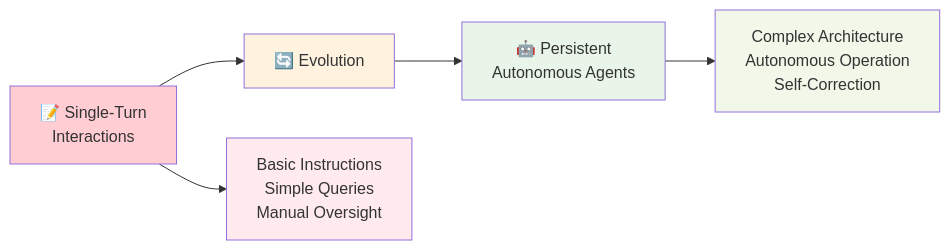
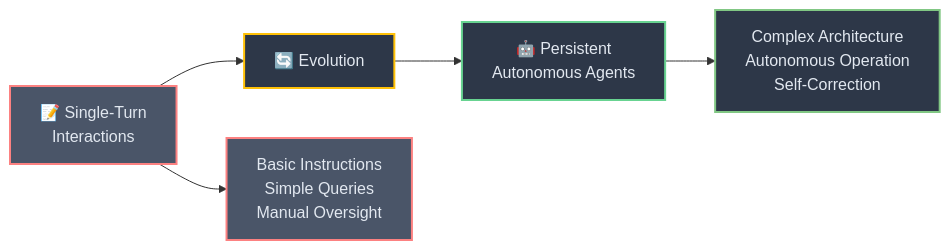
Before and after one commit to josemlopez/prompt_tutorial: the eighth of 9 diagrams in Part_II_Section_8_Case_Studies_Deconstructing_Real-World_Agent_Prompts.md, drawn with Mermaid. The commit also changed other lines of this file and 7 other files, not shown here.

````diff
--- a/Part_II_Section_8_Case_Studies_Deconstructing_Real-World_Agent_Prompts.md
+++ b/Part_II_Section_8_Case_Studies_Deconstructing_Real-World_Agent_Prompts.md
@@ -492,15 +513,15 @@
 ```mermaid
 graph LR
-    A[📝 Single-Turn<br/>Interactions] --> B[🔄 Evolution]
-    B --> C[🤖 Persistent<br/>Autonomous Agents]
-    
-    A --> D[Basic Instructions<br/>Simple Queries<br/>Manual Oversight]
-    
-    C --> E[Complex Architecture<br/>Autonomous Operation<br/>Self-Correction]
-    
-    style A fill:#ffcdd2
-    style B fill:#fff3e0
-    style C fill:#e8f5e8
-    style D fill:#ffebee
-    style E fill:#f1f8e9
+   A[📝 Single-Turn<br/>Interactions] --> B[🔄 Evolution]
+   B --> C[🤖 Persistent<br/>Autonomous Agents]
+   
+   A --> D[Basic Instructions<br/>Simple Queries<br/>Manual Oversight]
+   
+   C --> E[Complex Architecture<br/>Autonomous Operation<br/>Self-Correction]
+   
+   style A fill:#4a5568,stroke:#fc8181,stroke-width:2px,color:#e2e8f0
+   style B fill:#2d3748,stroke:#ffc107,stroke-width:2px,color:#e2e8f0
+   style C fill:#2d3748,stroke:#68d391,stroke-width:2px,color:#e2e8f0
+   style D fill:#4a5568,stroke:#fc8181,stroke-width:2px,color:#e2e8f0
+   style E fill:#2d3748,stroke:#81c784,stroke-width:2px,color:#e2e8f0
 ```
````
